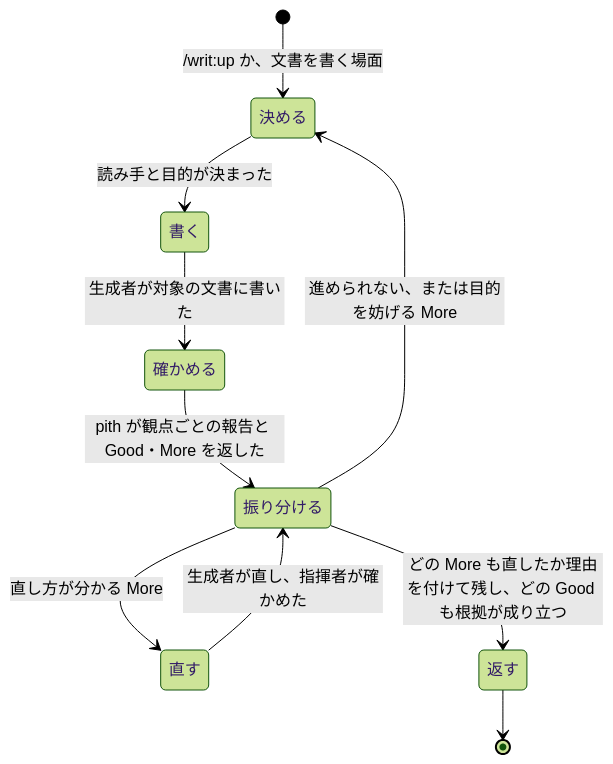
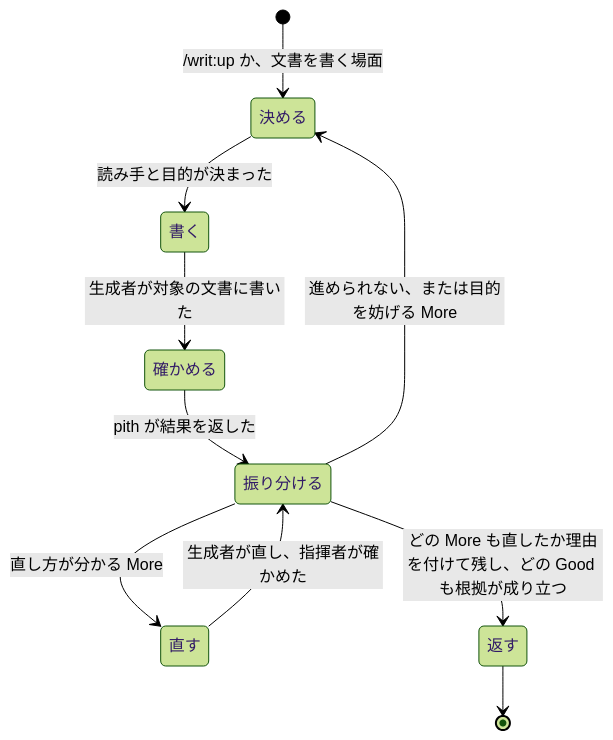
Before and after one commit to lovaizu/ccpm: the second of 4 diagrams in writ/docs/design.md, drawn with Mermaid (forest theme). The commit also changed other lines of this file and 1 other file, not shown here.

````diff
--- a/writ/docs/design.md
+++ b/writ/docs/design.md
@@ -143,13 +144,13 @@
 ```mermaid
 stateDiagram-v2
   direction TB
   [*] --> 決める: /writ:up か、文書を書く場面
   決める --> 書く: 読み手と目的が決まった
   書く --> 確かめる: 生成者が対象の文書に書いた
-  確かめる --> 振り分ける: pith が観点ごとの報告と Good・More を返した
+  確かめる --> 振り分ける: pith が結果を返した
   振り分ける --> 直す: 直し方が分かる More
   直す --> 振り分ける: 生成者が直し、指揮者が確かめた
   振り分ける --> 返す: どの More も直したか理由を付けて残し、どの Good も根拠が成り立つ
   振り分ける --> 決める: 進められない、または目的を妨げる More
   返す --> [*]
 ```
````
